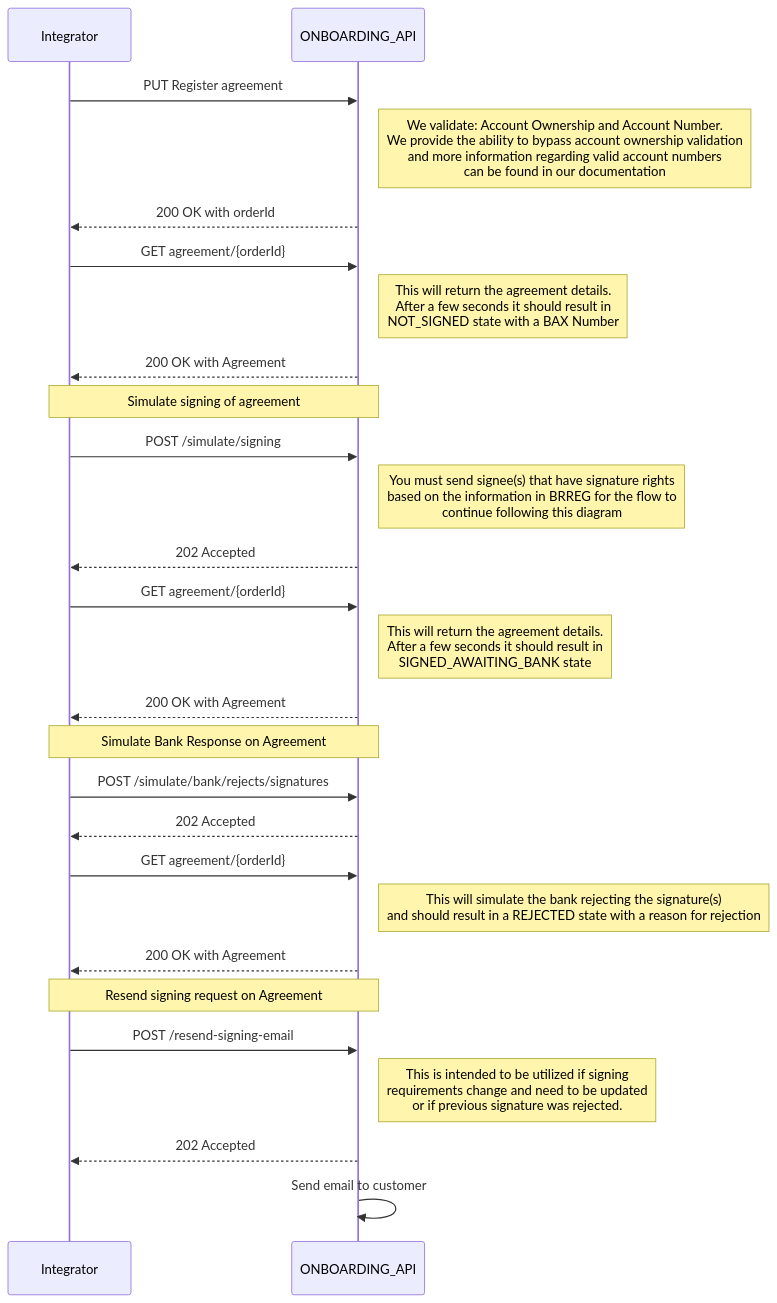
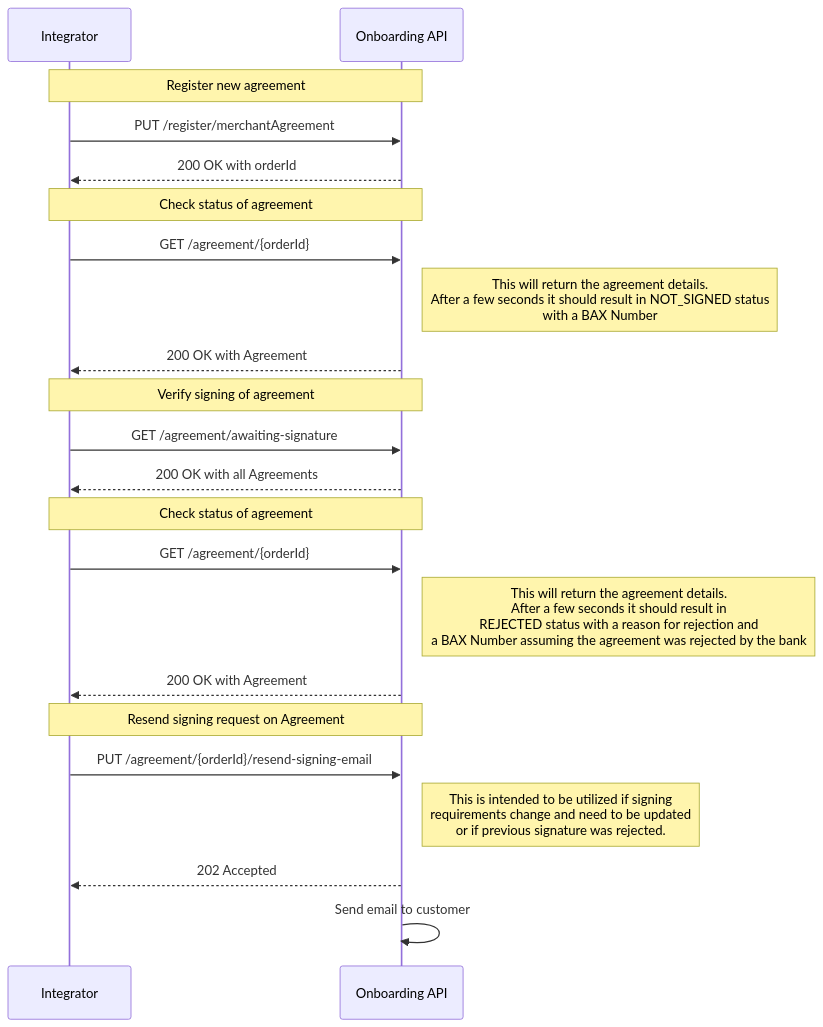
One commit to BankAxept/bankaxept-onboarding-external-documentation changed the fifth of 6 diagrams in docs/getting_started.md. Above: the diagram before and after it, drawn with Mermaid. The commit also changed other lines of this file and 1 other file, not shown here.

Commit message:
Updates after feedback from docs review (#19)

````diff
--- a/docs/getting_started.md
+++ b/docs/getting_started.md
@@ -141,36 +183,30 @@
 ```mermaid
 sequenceDiagram
 participant I as Integrator
-participant O as ONBOARDING_API
+participant O as Onboarding API
 
-I ->> O: PUT Register agreement
-note right of O: We validate: Account Ownership and Account Number. <br/> We provide the ability to bypass account ownership validation <br/> and more information regarding valid account numbers <br/> can be found in our documentation
+note over I, O: Register new agreement
+I ->> O: PUT /register/merchantAgreement
 O -->> I: 200 OK with orderId
 
-I ->> O: GET agreement/{orderId}
-note right of O: This will return the agreement details. <br/> After a few seconds it should result in <br/> NOT_SIGNED state with a BAX Number
-O -->> I: 200 OK with Agreement
-note over I, O: Simulate signing of agreement
-I ->> O: POST /simulate/signing
-note right of O: You must send signee(s) that have signature rights <br/> based on the information in BRREG for the flow to <br/> continue following this diagram
-O -->> I: 202 Accepted
-I ->> O: GET agreement/{orderId}
-note right of O: This will return the agreement details. <br/> After a few seconds it should result in <br/> SIGNED_AWAITING_BANK state
+note over I, O: Check status of agreement
+I ->> O : GET /agreement/{orderId}
+note right of O: This will return the agreement details. <br/> After a few seconds it should result in NOT_SIGNED status <br/> with a BAX Number
 O -->> I: 200 OK with Agreement
 
-note over I, O: Simulate Bank Response on Agreement
+note over I, O: Verify signing of agreement
+I ->> O: GET /agreement/awaiting-signature
+O -->> I: 200 OK with all Agreements
 
-I ->> O: POST /simulate/bank/rejects/signatures
-
-O -->> I: 202 Accepted
-I ->> O: GET agreement/{orderId}
-note right of O: This will simulate the bank rejecting the signature(s) <br/> and should result in a REJECTED state with a reason for rejection
+note over I, O: Check status of agreement
+I ->> O : GET /agreement/{orderId}
+note right of O: This will return the agreement details. <br/> After a few seconds it should result in <br/> REJECTED status with a reason for rejection and <br/> a BAX Number assuming the agreement was rejected by the bank
 O -->> I: 200 OK with Agreement
 
 note over I, O: Resend signing request on Agreement
-I ->> O: POST /resend-signing-email
+I ->> O: PUT /agreement/{orderId}/resend-signing-email
 note right of O: This is intended to be utilized if signing <br/> requirements change and need to be updated <br/> or if previous signature was rejected.
 
 O -->> I: 202 Accepted
 O ->> O: Send email to customer
 ```
````
